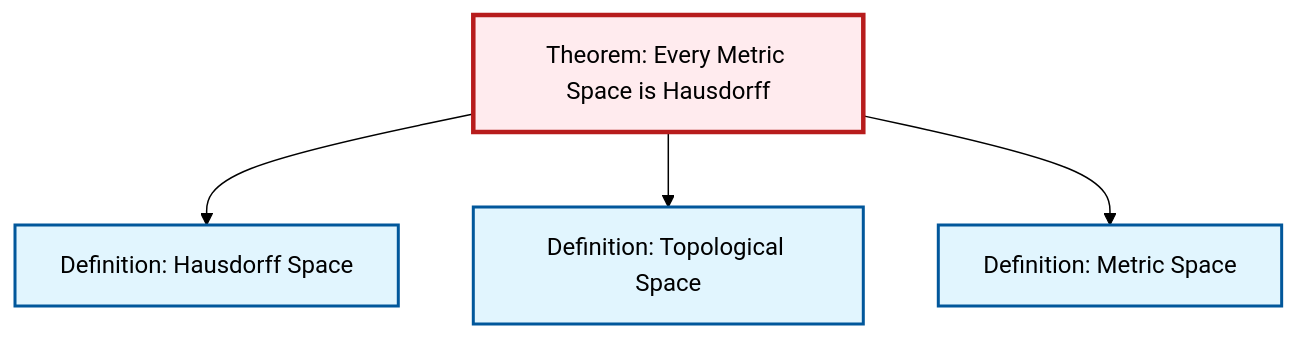
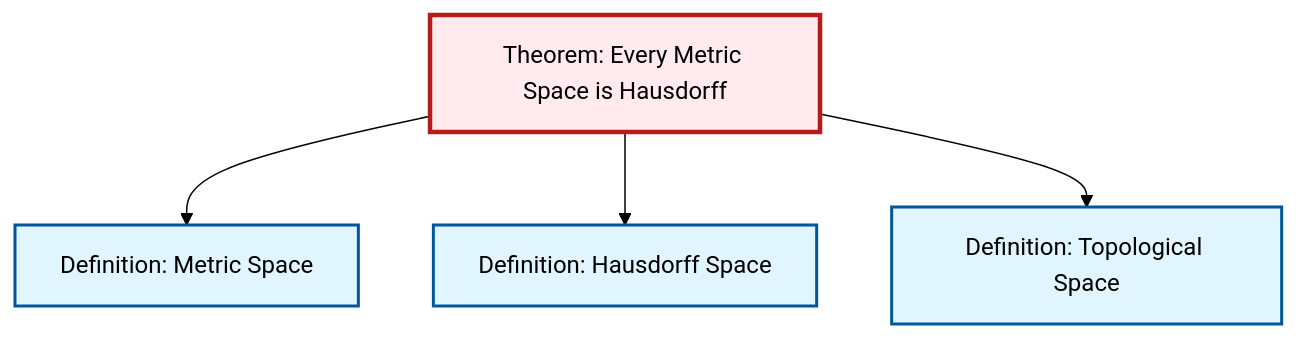
The diagram in content/en/topology/thm-metric-hausdorff.qmd (RK0429/ModernMath), drawn with Mermaid (forest theme) before and after one commit. The commit also changed other lines of this file and 328 other files, not shown here.

````diff
--- a/content/en/topology/thm-metric-hausdorff.qmd
+++ b/content/en/topology/thm-metric-hausdorff.qmd
@@ -63,20 +63,20 @@
 ```{mermaid}
 %%| fig-cap: "Local dependency graph"
 graph TD
     classDef definition fill:#e1f5fe,stroke:#01579b,stroke-width:2px
     classDef theorem fill:#f3e5f5,stroke:#4a148c,stroke-width:2px
     classDef axiom fill:#fff3e0,stroke:#e65100,stroke-width:2px
     classDef example fill:#e8f5e9,stroke:#1b5e20,stroke-width:2px
     classDef current fill:#ffebee,stroke:#b71c1c,stroke-width:3px
+    def-metric-space["Definition: Metric Space"]:::definition
+    def-hausdorff["Definition: Hausdorff Space"]:::definition
     def-topological-space["Definition: Topological Space"]:::definition
-    def-hausdorff["Definition: Hausdorff Space"]:::definition
     thm-metric-hausdorff["Theorem: Every Metric Space is Hausdorff"]:::theorem
-    def-metric-space["Definition: Metric Space"]:::definition
+    thm-metric-hausdorff --> def-metric-space
     thm-metric-hausdorff --> def-hausdorff
     thm-metric-hausdorff --> def-topological-space
-    thm-metric-hausdorff --> def-metric-space
     class thm-metric-hausdorff current
+    click def-metric-space "def-metric-space.html" "Go to Metric Space definition"
+    click def-hausdorff "def-hausdorff.html" "Go to Hausdorff Space definition"
     click def-topological-space "def-topological-space.html" "Go to Topological Space definition"
-    click def-hausdorff "def-hausdorff.html" "Go to Hausdorff Space definition"
-    click def-metric-space "def-metric-space.html" "Go to Metric Space definition"
 ```
````
